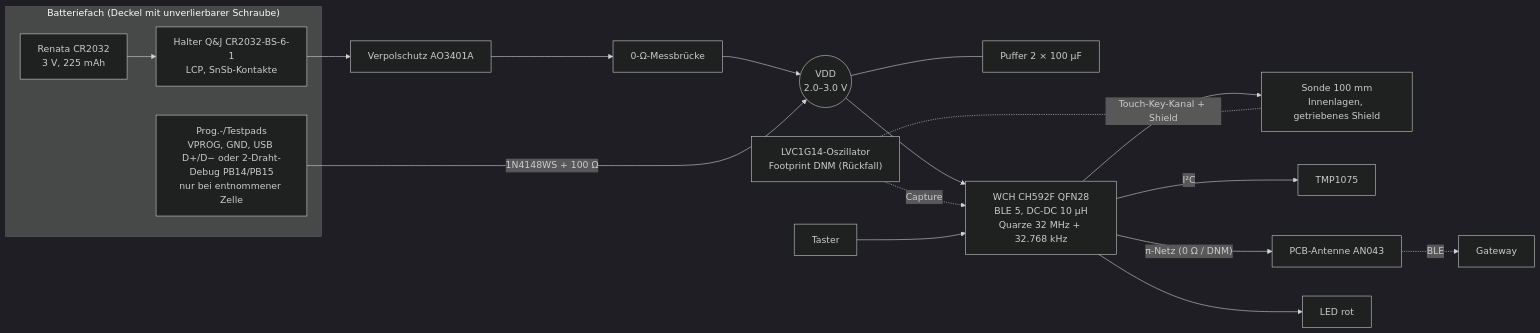
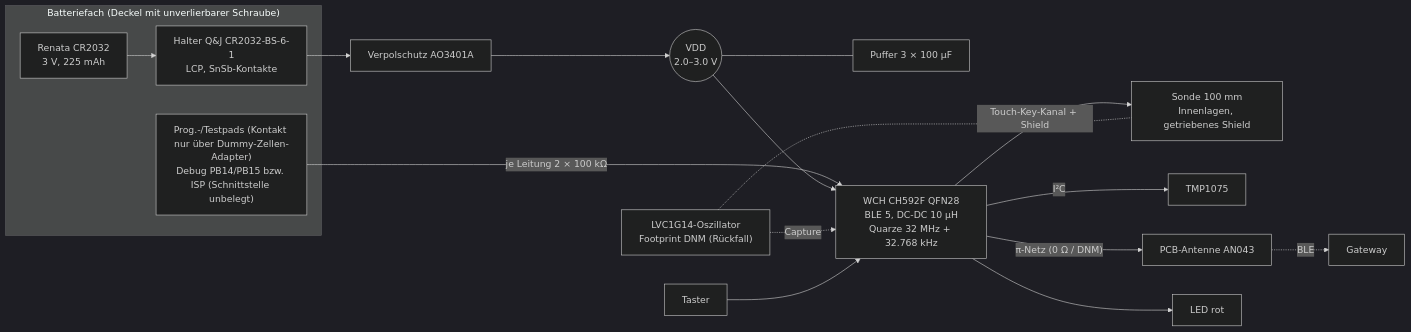
The third of 4 diagrams in docs/concepts/CONCEPTS.md (sgeisser1/Tr-pfli), drawn with Mermaid (dark theme) before and after one commit. The commit also changed other lines of this file and 16 other files, not shown here.

````diff
--- a/docs/concepts/CONCEPTS.md
+++ b/docs/concepts/CONCEPTS.md
@@ -218,19 +334,19 @@
 ```mermaid
 flowchart LR
   subgraph FACH["Batteriefach (Deckel mit unverlierbarer Schraube)"]
     CELL["Renata CR2032<br/>3 V, 225 mAh"] --> HOLD["Halter Q&J CR2032-BS-6-1<br/>LCP, SnSb-Kontakte"]
-    PADS["Prog.-/Testpads<br/>VPROG, GND, USB D+/D− oder 2-Draht-Debug PB14/PB15<br/>nur bei entnommener Zelle"]
+    PADS["Prog.-/Testpads (Kontakt nur über Dummy-Zellen-Adapter)<br/>Debug PB14/PB15 bzw. ISP (Schnittstelle unbelegt)"]
   end
-  HOLD --> VP["Verpolschutz AO3401A"] --> MB["0-Ω-Messbrücke"] --> VDD(("VDD<br/>2.0–3.0 V"))
-  VDD --- CB["Puffer 2 × 100 µF"]
-  PADS -- "1N4148WS + 100 Ω" --> VDD
+  HOLD --> VP["Verpolschutz AO3401A"] --> VDD(("VDD<br/>2.0–3.0 V"))
+  VDD --- CB["Puffer 3 × 100 µF"]
+  PADS -- "je Leitung 2 × 100 kΩ" --> SOC
   VDD --> SOC["WCH CH592F QFN28<br/>BLE 5, DC-DC 10 µH<br/>Quarze 32 MHz + 32.768 kHz"]
   SOC -- "Touch-Key-Kanal + Shield" --> PROBE["Sonde 100 mm<br/>Innenlagen, getriebenes Shield"]
   OSC["LVC1G14-Oszillator<br/>Footprint DNM (Rückfall)"] -. "Capture" .-> SOC
   OSC -.- PROBE
   SOC -- "I²C" --> TMP["TMP1075"]
   SOC -- "π-Netz (0 Ω / DNM)" --> ANT["PCB-Antenne AN043"]
   SOC --> LED["LED rot"]
   BTN["Taster"] --> SOC
   ANT -. "BLE" .-> GW["Gateway"]
 ```
````
